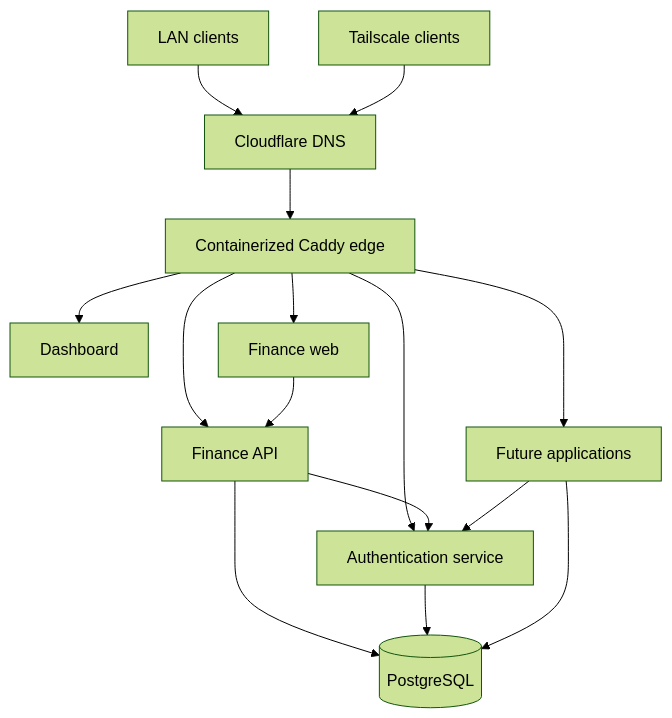
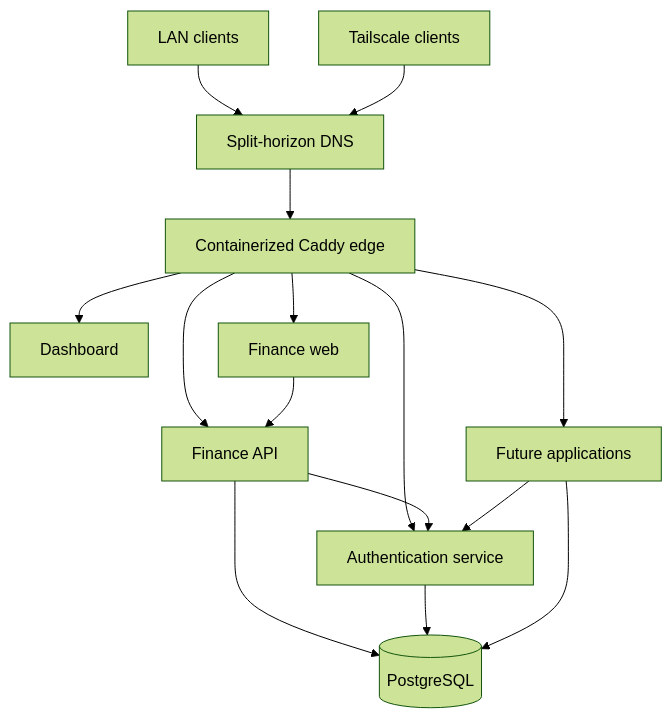
Before and after one commit to pior-labs/platform: the diagram in docs/architecture.md, drawn with Mermaid (forest theme). The commit also changed other lines of this file, not shown here.

Commit message:
docs: update architecture to current production state

````diff
--- a/docs/architecture.md
+++ b/docs/architecture.md
@@ -24,20 +24,20 @@
 ```mermaid
 flowchart TB
-    LAN[LAN clients] --> DNS[Cloudflare DNS]
+    LAN[LAN clients] --> DNS[Split-horizon DNS]
     TS[Tailscale clients] --> DNS
     DNS --> EDGE[Containerized Caddy edge]
 
     EDGE --> DASH[Dashboard]
     EDGE --> FINWEB[Finance web]
     EDGE --> FINAPI[Finance API]
     EDGE --> AUTH[Authentication service]
     EDGE --> FUTURE[Future applications]
 
     FINWEB --> FINAPI
     FINAPI --> AUTH
     FUTURE --> AUTH
 
     FINAPI --> DB[(PostgreSQL)]
     AUTH --> DB
     FUTURE --> DB
 ```
````
